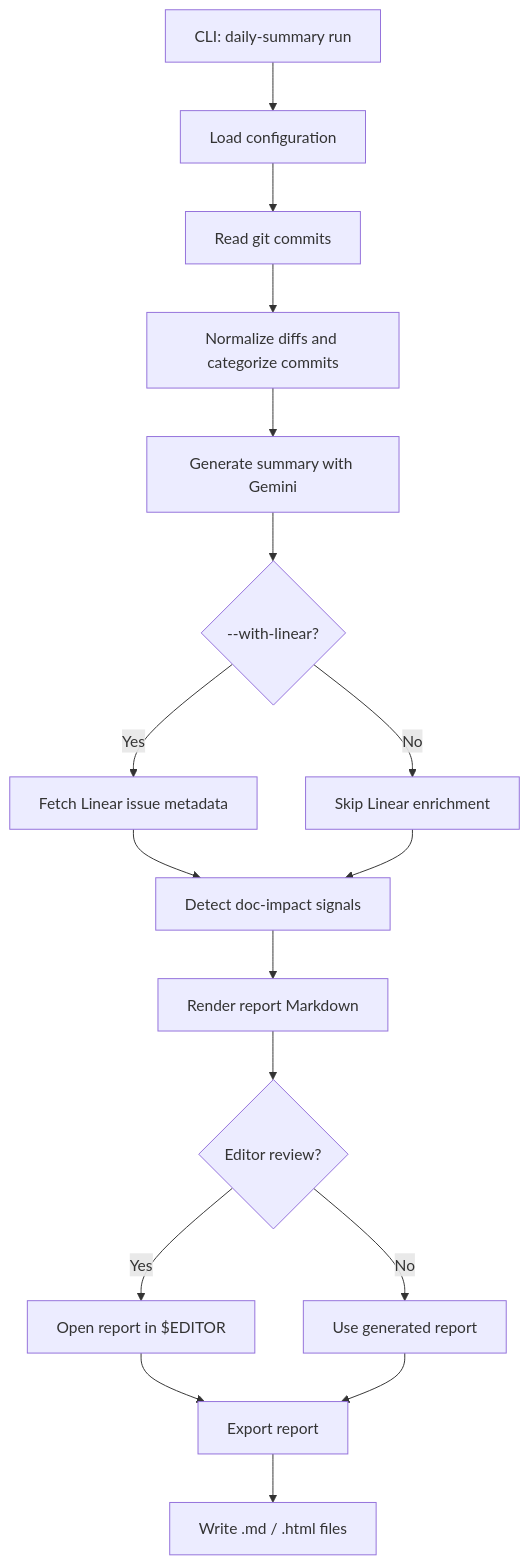
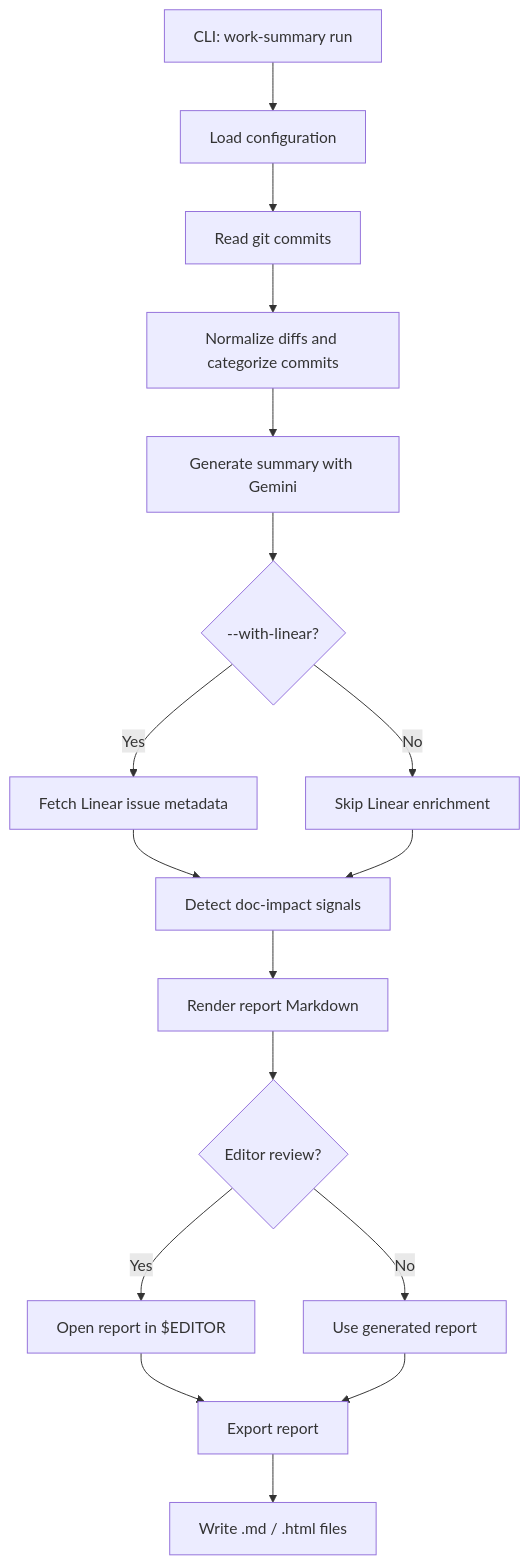
Before and after one commit to Vedant1202/work-summarizer: the first of 4 diagrams in website/docs/introduction.md, drawn with Mermaid. The commit also changed other lines of this file and 22 other files, not shown here.

````diff
--- a/website/docs/introduction.md
+++ b/website/docs/introduction.md
@@ -26,19 +26,19 @@
 ```mermaid
 flowchart TD
-  A["CLI: daily-summary run"] --> B["Load configuration"]
+  A["CLI: work-summary run"] --> B["Load configuration"]
   B --> C["Read git commits"]
   C --> D["Normalize diffs and categorize commits"]
   D --> E["Generate summary with Gemini"]
   E --> F{"--with-linear?"}
   F -->|Yes| G["Fetch Linear issue metadata"]
   F -->|No| H["Skip Linear enrichment"]
   G --> I["Detect doc-impact signals"]
   H --> I
   I --> J["Render report Markdown"]
   J --> K{"Editor review?"}
   K -->|Yes| L["Open report in $EDITOR"]
   K -->|No| M["Use generated report"]
   L --> N["Export report"]
   M --> N
   N --> O["Write .md / .html files"]
 ```
````
